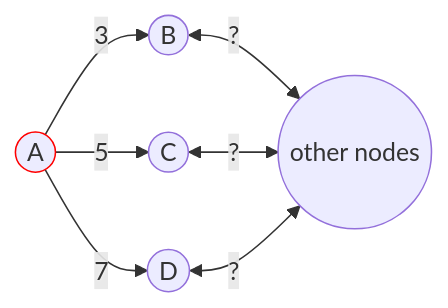
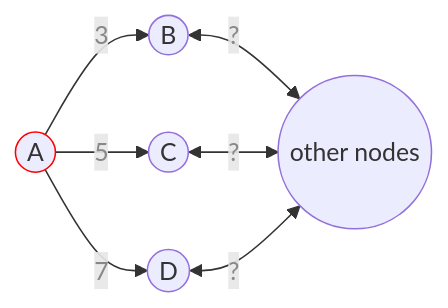
One commit to CHOYUNSIG/algorithm_with_boj changed the first of 2 diagrams in _posts/2024-01-01-dijkstra.md. Above: the diagram before and after it, drawn with Mermaid. The commit also changed other lines of this file and 3 other files, not shown here.

````diff
--- a/_posts/2024-01-01-dijkstra.md
+++ b/_posts/2024-01-01-dijkstra.md
@@ -31,15 +31,15 @@
-```mermaid!
-graph LR
-A -- <p style="text-shadow: 0px 0px 2px #FFF">3</p> --> B
-A -- <p style="text-shadow: 0px 0px 2px #FFF">5</p> --> C
-A -- <p style="text-shadow: 0px 0px 2px #FFF">7</p> --> D
-B & C & D<-- <p style="text-shadow: 0px 0px 2px #FFF">?</p> --> other_nodes
-other_nodes((other nodes))
+<pre class="mermaid">
+    graph LR
+    A -- <p style="color: #888">3</p> --> B
+    A -- <p style="color: #888">5</p> --> C
+    A -- <p style="color: #888">7</p> --> D
+    B & C & D<-- <p style="color: #888">?</p> --> other_nodes
+    other_nodes((other nodes))
 
-A((A)):::red
-B((B))
-C((C))
-D((D))
+    A((A)):::red
+    B((B))
+    C((C))
+    D((D))
 
-classDef red stroke:#f00
-```
+    classDef red stroke:#f00
+</pre>
````
